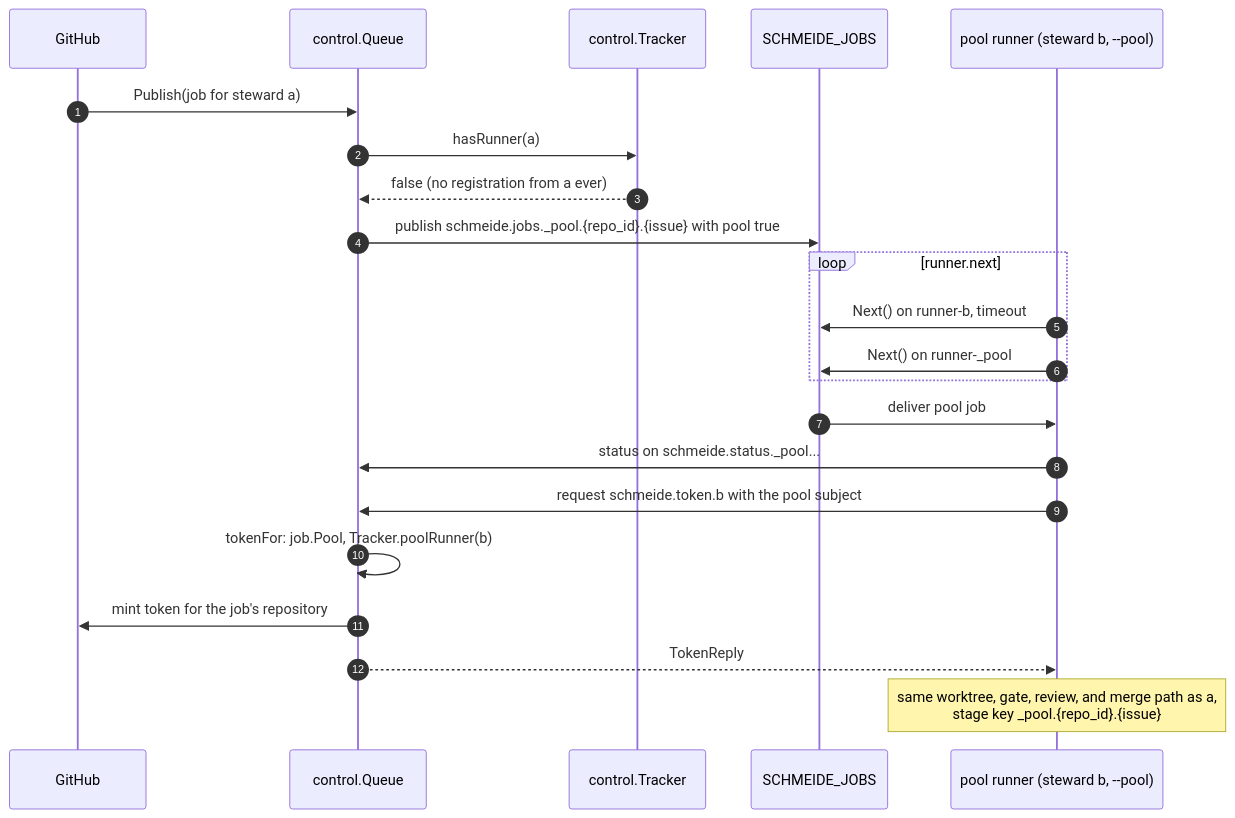
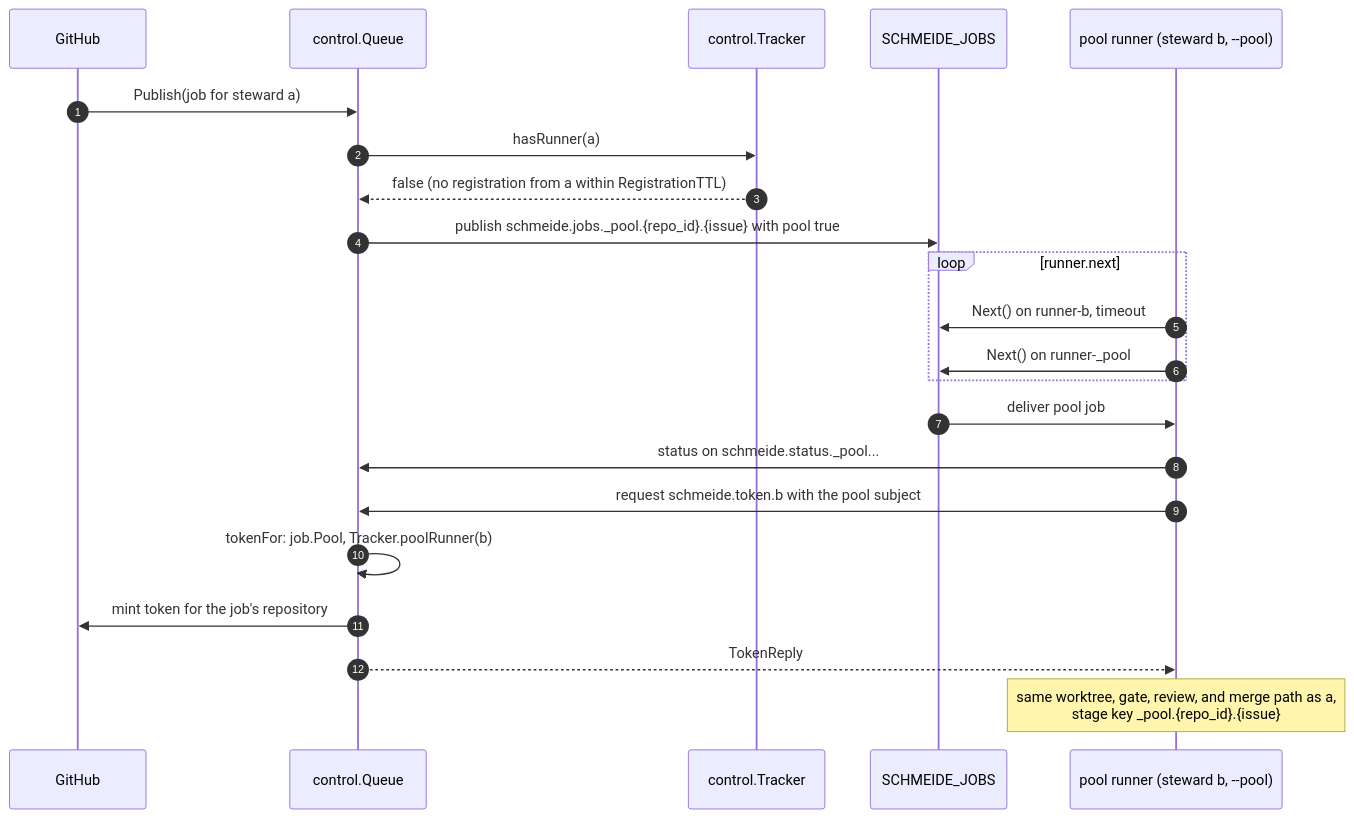
Before and after one commit to autobutler-org/schmeide: the sixth of 7 diagrams in docs/architecture/job-flows.md, drawn with Mermaid. The commit also changed 26 other files, not shown here.

````diff
--- a/docs/architecture/job-flows.md
+++ b/docs/architecture/job-flows.md
@@ -218,25 +218,25 @@
 ```mermaid
 sequenceDiagram
     autonumber
     participant GH as GitHub
     participant Q as control.Queue
     participant T as control.Tracker
     participant JS as SCHMEIDE_JOBS
     participant PR as pool runner (steward b, --pool)
 
     GH->>Q: Publish(job for steward a)
     Q->>T: hasRunner(a)
-    T-->>Q: false (no registration from a ever)
+    T-->>Q: false (no registration from a within RegistrationTTL)
     Q->>JS: publish schmeide.jobs._pool.{repo_id}.{issue} with pool true
     loop runner.next
         PR->>JS: Next() on runner-b, timeout
         PR->>JS: Next() on runner-_pool
     end
     JS->>PR: deliver pool job
     PR->>Q: status on schmeide.status._pool...
     PR->>Q: request schmeide.token.b with the pool subject
     Q->>Q: tokenFor: job.Pool, Tracker.poolRunner(b)
     Q->>GH: mint token for the job's repository
     Q-->>PR: TokenReply
     Note over PR: same worktree, gate, review, and merge path as a,<br/>stage key _pool.{repo_id}.{issue}
 ```
````
